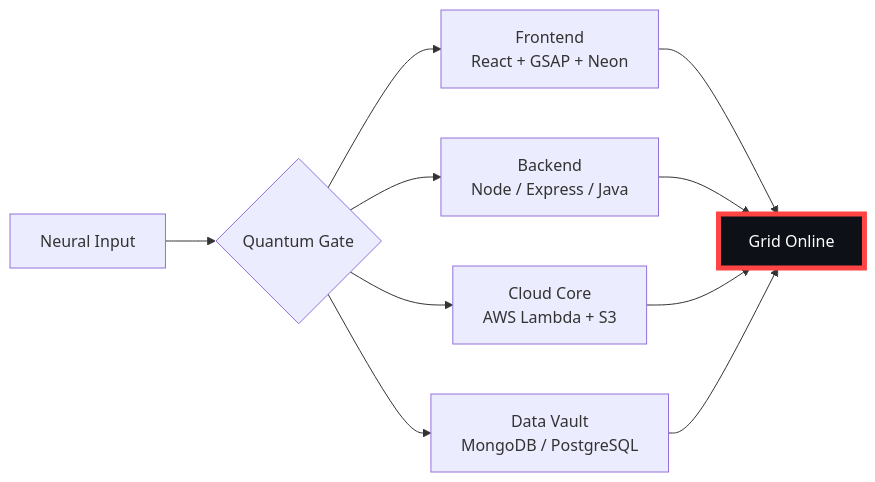
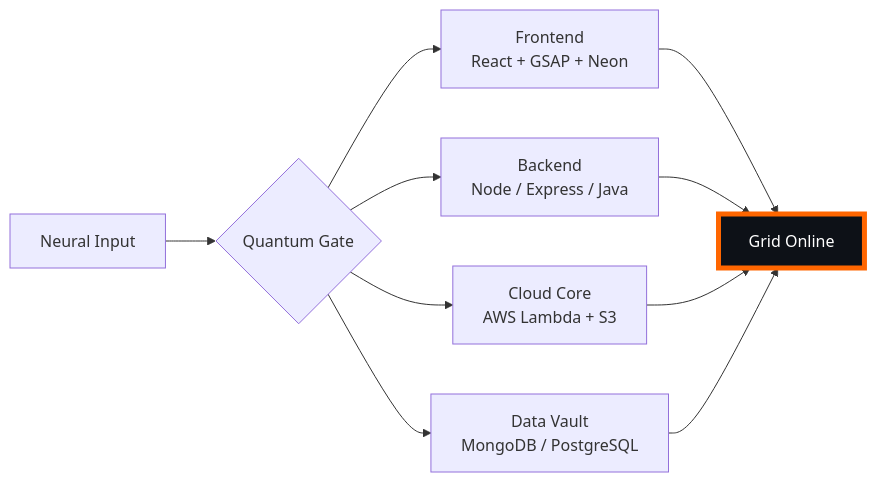
The diagram in README.md (pendemvamsi/pendemvamsi), drawn with Mermaid before and after one commit. The commit also changed other lines of this file and 1 other file, not shown here.

````diff
--- a/README.md
+++ b/README.md
@@ -32,10 +32,10 @@
 ```mermaid
 flowchart LR
     U[Neural Input] --> G{Quantum Gate}
     G --> F[Frontend<br>React + GSAP + Neon]
     G --> B[Backend<br>Node / Express / Java]
     G --> C[Cloud Core<br>AWS Lambda + S3]
     G --> D[Data Vault<br>MongoDB / PostgreSQL]
     F & B & C & D --> O[Grid Online]
-    style O fill:#0d1117,stroke:#FF4444,stroke-width:5px,color:#fff
+    style O fill:#0d1117,stroke:#FF6600,stroke-width:5px,color:#fff
 ```
````
